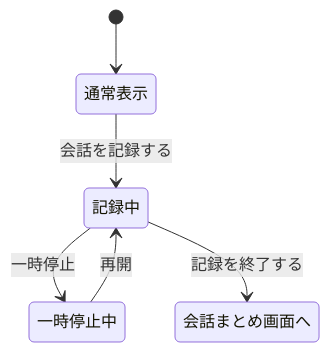
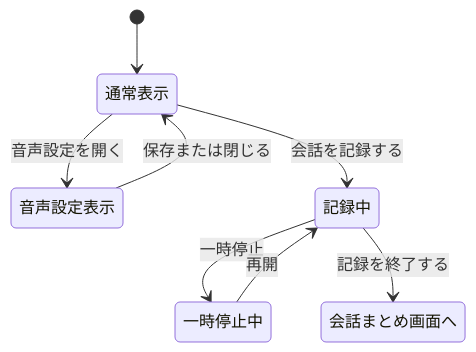
One commit to KaichoHarry/talk-seed changed the second of 2 diagrams in docs/UI_UX_Yuki.md. Above: the diagram before and after it, drawn with Mermaid. The commit also changed other lines of this file, not shown here.

````diff
--- a/docs/UI_UX_Yuki.md
+++ b/docs/UI_UX_Yuki.md
@@ -94,8 +105,10 @@
 ```mermaid
 stateDiagram-v2
     [*] --> 通常表示
+    通常表示 --> 音声設定表示: 音声設定を開く
+    音声設定表示 --> 通常表示: 保存または閉じる
     通常表示 --> 記録中: 会話を記録する
     記録中 --> 一時停止中: 一時停止
     一時停止中 --> 記録中: 再開
     記録中 --> 会話まとめ画面へ: 記録を終了する
 ```
````
